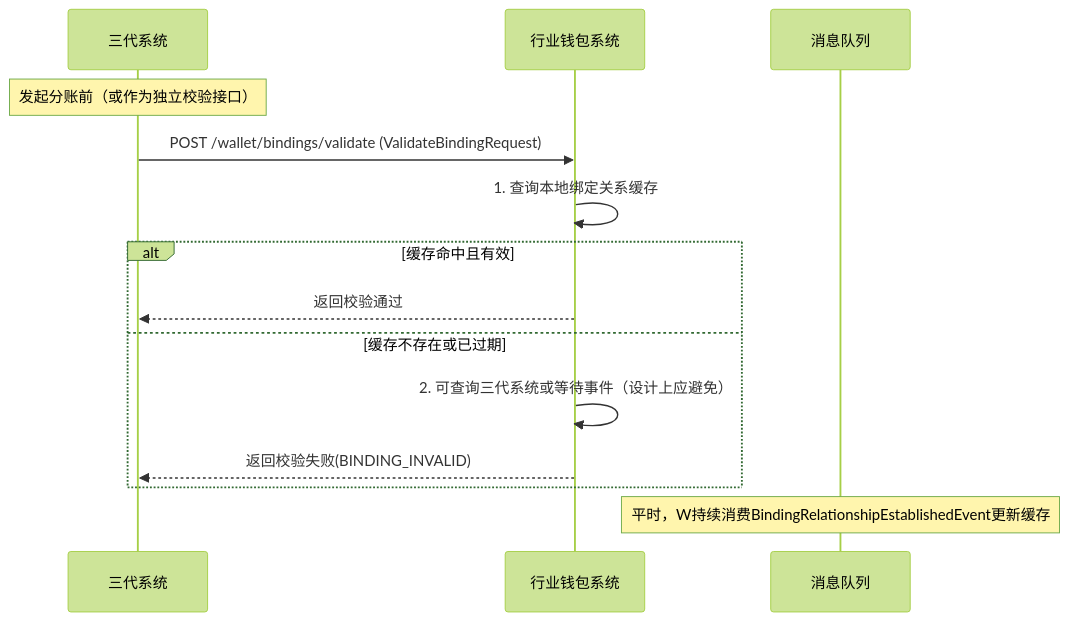
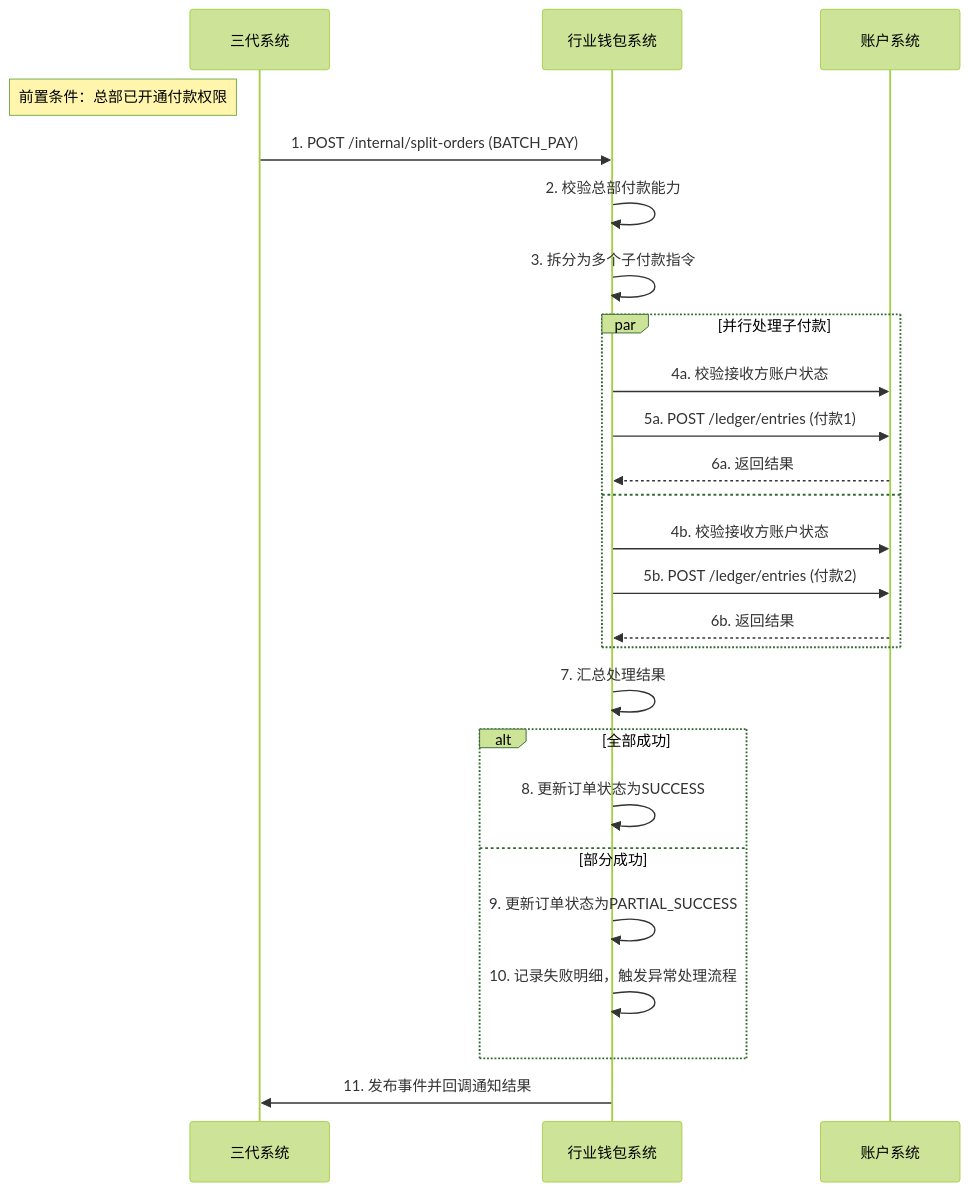
Before and after one commit to youzi211/AiCoding: the second of 2 diagrams in data/天财分账需求/gpt-5.2/workspace/02_modules/module_行业钱包系统.md, drawn with Mermaid (forest theme). The commit also changed other lines of this file and 93 other files, not shown here.

````diff
--- a/data/天财分账需求/gpt-5.2/workspace/02_modules/module_行业钱包系统.md
+++ b/data/天财分账需求/gpt-5.2/workspace/02_modules/module_行业钱包系统.md
@@ -335,17 +640,28 @@
 ```mermaid
 sequenceDiagram
-    participant C as 三代系统
-    participant W as 行业钱包系统
-    participant MQ as 消息队列
+    participant G3 as 三代系统
+    participant 钱包 as 行业钱包系统
+    participant 账户 as 账户系统
 
-    Note over C: 发起分账前（或作为独立校验接口）
-    C->>W: POST /wallet/bindings/validate (ValidateBindingRequest)
-    W->>W: 1. 查询本地绑定关系缓存
-    alt 缓存命中且有效
-        W-->>C: 返回校验通过
-    else 缓存不存在或已过期
-        W->>W: 2. 可查询三代系统或等待事件（设计上应避免）
-        W-->>C: 返回校验失败(BINDING_INVALID)
+    Note left of G3: 前置条件：总部已开通付款权限
+    G3->>钱包: 1. POST /internal/split-orders (BATCH_PAY)
+    钱包->>钱包: 2. 校验总部付款能力
+    钱包->>钱包: 3. 拆分为多个子付款指令
+    par 并行处理子付款
+        钱包->>账户: 4a. 校验接收方账户状态
+        钱包->>账户: 5a. POST /ledger/entries (付款1)
+        账户-->>钱包: 6a. 返回结果
+    and
+        钱包->>账户: 4b. 校验接收方账户状态
+        钱包->>账户: 5b. POST /ledger/entries (付款2)
+        账户-->>钱包: 6b. 返回结果
     end
-    Note over MQ: 平时，W持续消费BindingRelationshipEstablishedEvent更新缓存
+    钱包->>钱包: 7. 汇总处理结果
+    alt 全部成功
+        钱包->>钱包: 8. 更新订单状态为SUCCESS
+    else 部分成功
+        钱包->>钱包: 9. 更新订单状态为PARTIAL_SUCCESS
+        钱包->>钱包: 10. 记录失败明细，触发异常处理流程
+    end
+    钱包->>G3: 11. 发布事件并回调通知结果
 ```
````
